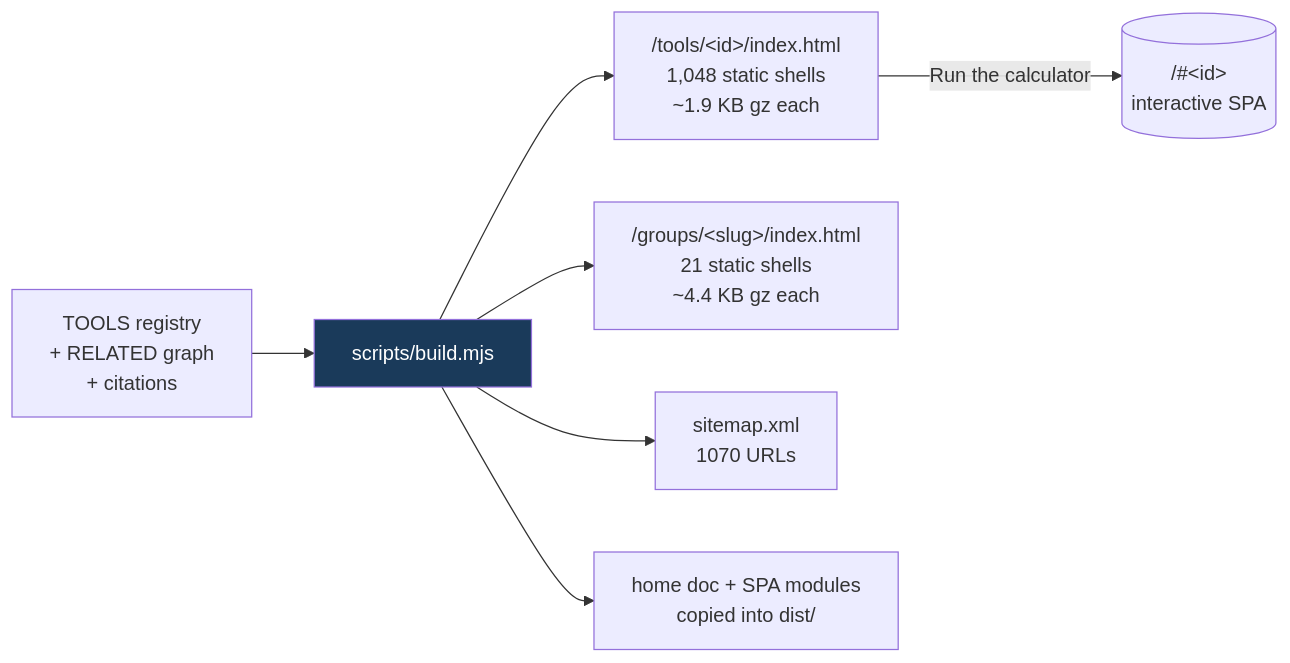
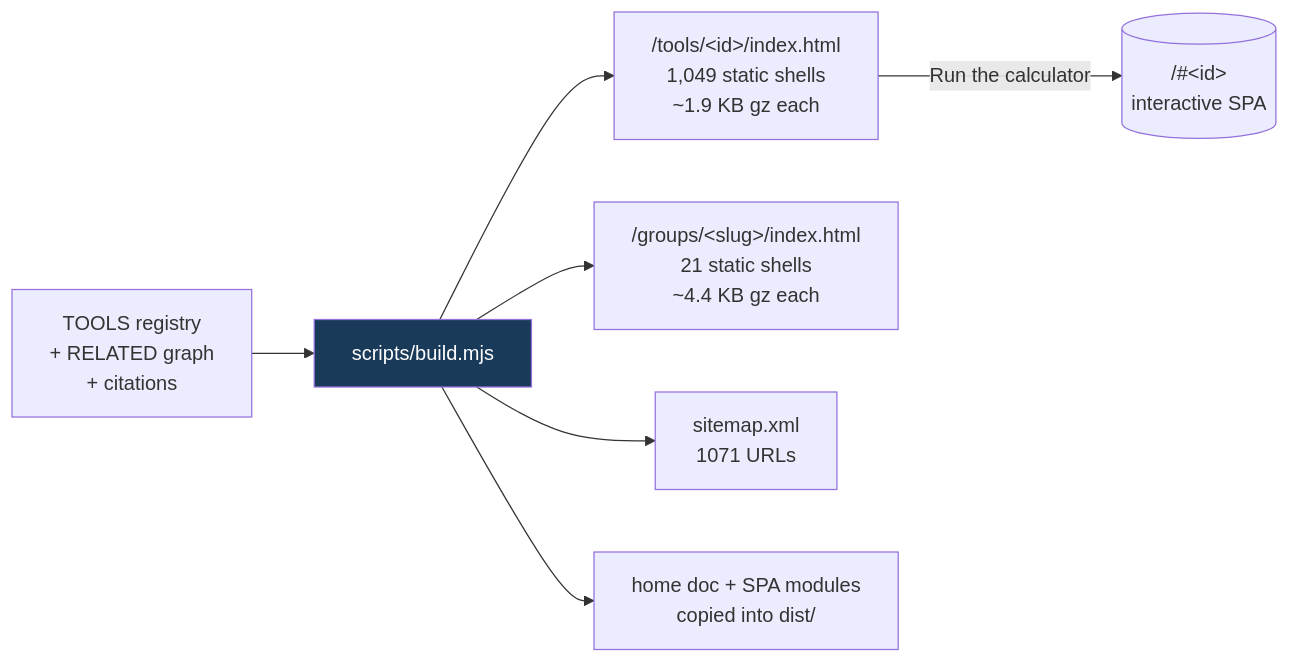
The fifth of 8 diagrams in README.md (clay-good/roughlogic.com), drawn with Mermaid before and after one commit. The commit also changed other lines of this file and 14 other files, not shown here.

First line of the commit message:
feat(fire): land spec-v601 -- iowa-rate-of-flow (1,049 tiles, 0.190.0)

````diff
--- a/README.md
+++ b/README.md
@@ -495,10 +495,10 @@
 ```mermaid
 flowchart LR
     SRC[TOOLS registry\n+ RELATED graph\n+ citations] --> BUILD[scripts/build.mjs]
-    BUILD --> TILE["/tools/&lt;id&gt;/index.html\n1,048 static shells\n~1.9 KB gz each"]
+    BUILD --> TILE["/tools/&lt;id&gt;/index.html\n1,049 static shells\n~1.9 KB gz each"]
     BUILD --> GROUP["/groups/&lt;slug&gt;/index.html\n21 static shells\n~4.4 KB gz each"]
-    BUILD --> MAP["sitemap.xml\n1070 URLs"]
+    BUILD --> MAP["sitemap.xml\n1071 URLs"]
     BUILD --> COPY[home doc + SPA modules\ncopied into dist/]
     TILE -->|Run the calculator| SPA[("/#&lt;id&gt;\ninteractive SPA")]
     style BUILD fill:#1a3a5a,color:#fff
 ```
````
